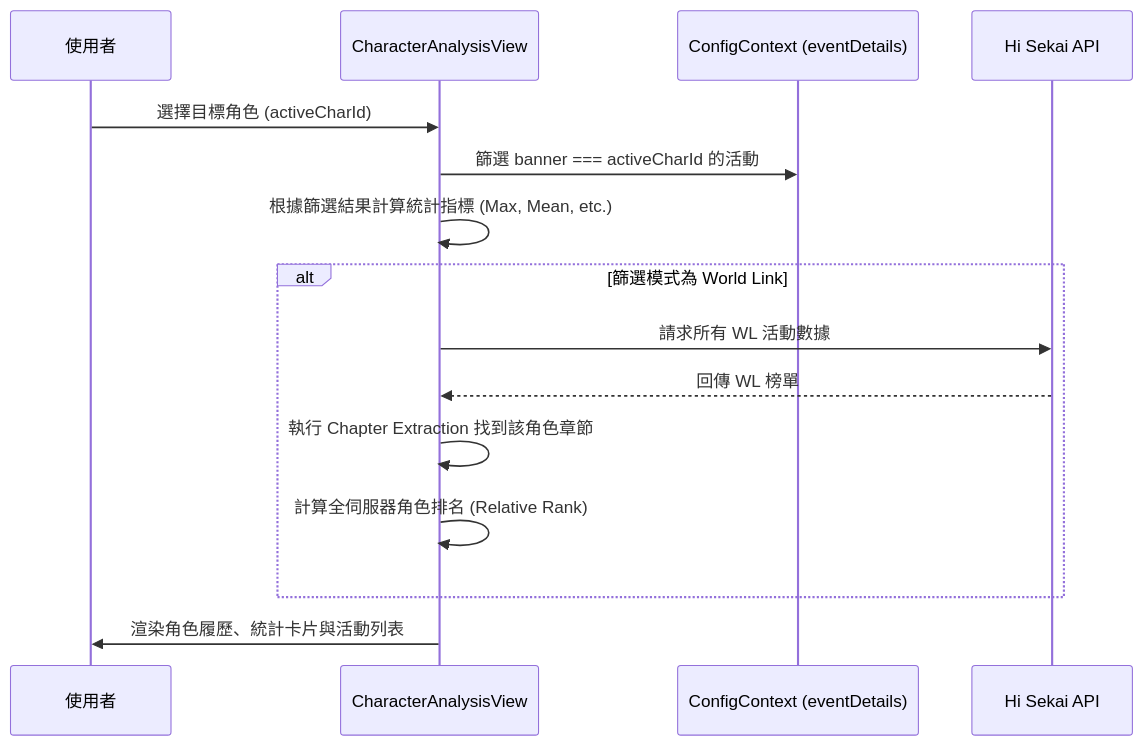
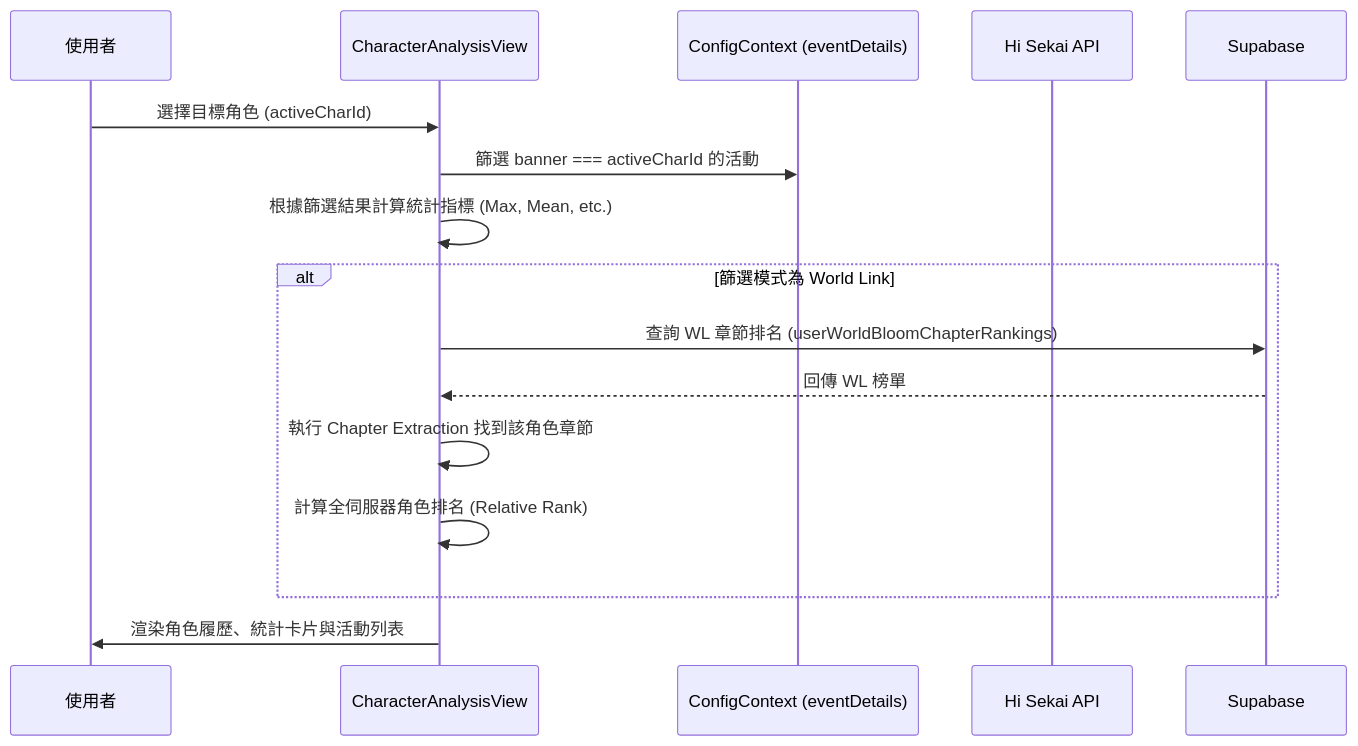
The diagram in docs/PAGE_CHARACTER_ANALYSIS.md (rockzerox/Project-Sekai-Ranking), drawn with Mermaid before and after one commit. The commit also changed other lines of this file and 65 other files, not shown here.

````diff
--- a/docs/PAGE_CHARACTER_ANALYSIS.md
+++ b/docs/PAGE_CHARACTER_ANALYSIS.md
@@ -79,20 +80,21 @@
 ```mermaid
 sequenceDiagram
     participant User as 使用者
     participant View as CharacterAnalysisView
     participant Config as ConfigContext (eventDetails)
     participant API as Hi Sekai API
+    participant DB as Supabase
 
     User->>View: 選擇目標角色 (activeCharId)
     View->>Config: 篩選 banner === activeCharId 的活動
     View->>View: 根據篩選結果計算統計指標 (Max, Mean, etc.)
     
     alt 篩選模式為 World Link
-        View->>API: 請求所有 WL 活動數據
-        API-->>View: 回傳 WL 榜單
+        View->>DB: 查詢 WL 章節排名 (userWorldBloomChapterRankings)
+        DB-->>View: 回傳 WL 榜單
         View->>View: 執行 Chapter Extraction 找到該角色章節
         View->>View: 計算全伺服器角色排名 (Relative Rank)
     end
     
     View->>User: 渲染角色履歷、統計卡片與活動列表
 ```
````
